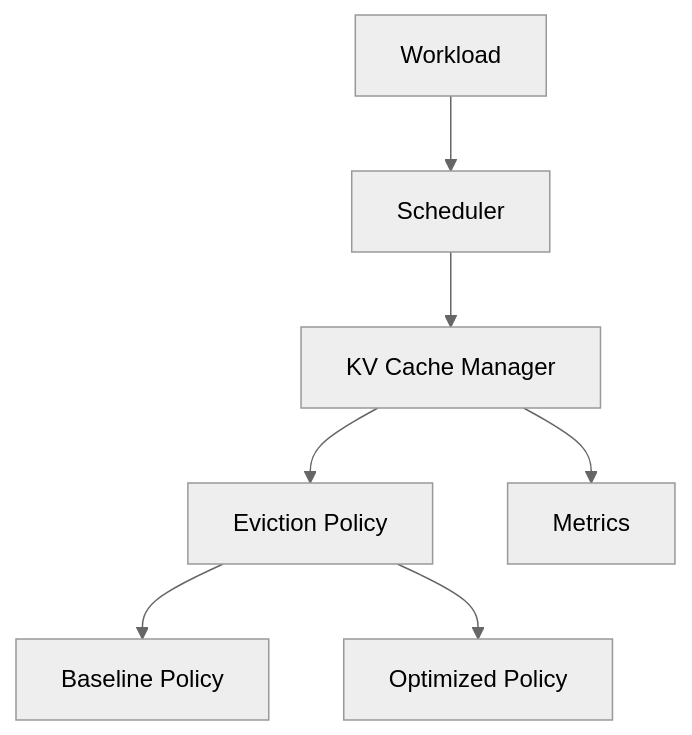
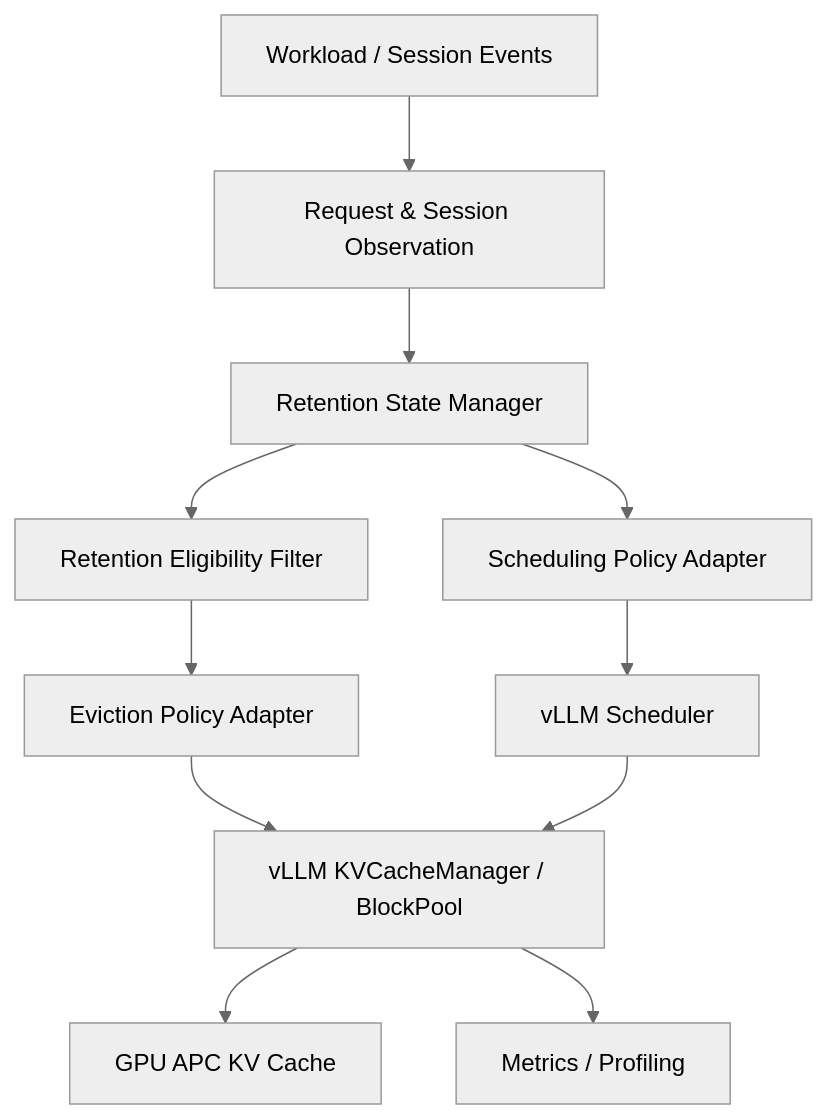
Before and after one commit to zhengjiahong-ai/LLM-KV-Cache-Optimization: the diagram in README.md, drawn with Mermaid (neutral theme). The commit also changed other lines of this file and 2 other files, not shown here.

First line of the commit message:
Sync project docs with full KV cache management scope (#7)

````diff
--- a/README.md
+++ b/README.md
@@ -13,9 +29,13 @@
 ```mermaid
 flowchart TD
-    A[Workload] --> B[Scheduler]
-    B --> C[KV Cache Manager]
-    C --> D[Eviction Policy]
-    C --> E[Metrics]
-    D --> F[Baseline Policy]
-    D --> G[Optimized Policy]
+    A[Workload / Session Events] --> B[Request & Session Observation]
+    B --> C[Retention State Manager]
+    C --> D[Scheduling Policy Adapter]
+    D --> E[vLLM Scheduler]
+    C --> F[Retention Eligibility Filter]
+    F --> G[Eviction Policy Adapter]
+    G --> H[vLLM KVCacheManager / BlockPool]
+    E --> H
+    H --> I[GPU APC KV Cache]
+    H --> J[Metrics / Profiling]
 ```
````
